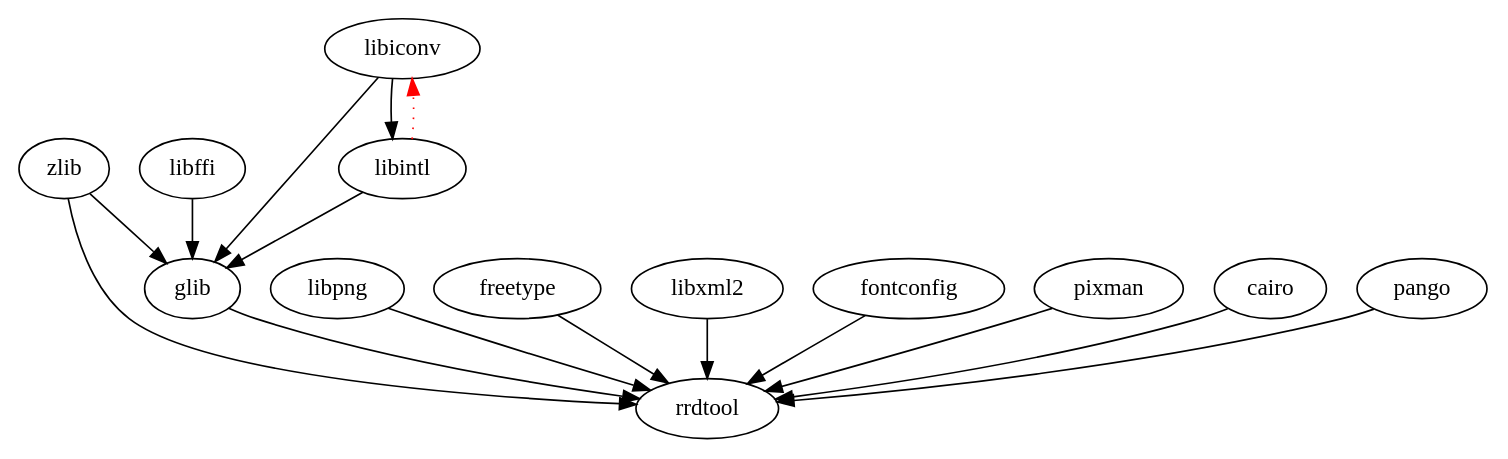
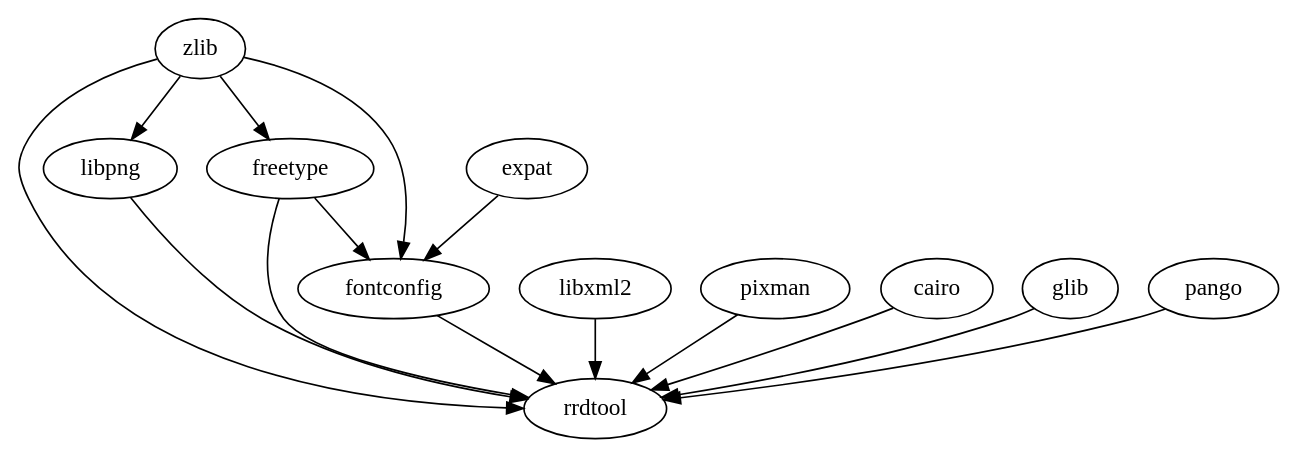
One commit to songdongsheng/osb changed the diagram in building/rrdtool/rrdtool.dot. Above: the diagram before and after it, drawn with Graphviz. The commit also changed 12 other files, not shown here.

```diff
--- a/building/rrdtool/rrdtool.dot
+++ b/building/rrdtool/rrdtool.dot
@@ -1,21 +1,21 @@
 /*
     dot rrdtool.dot -T pdf -o rrdtool.pdf
     dot rrdtool.dot -T svg -o rrdtool.svg
  */
 digraph "Dependency Graph" {
     zlib -> rrdtool;
     libpng -> rrdtool;
     freetype -> rrdtool;
     libxml2 -> rrdtool;
     fontconfig -> rrdtool;
     pixman -> rrdtool;
     cairo -> rrdtool;
     glib -> rrdtool;
     pango -> rrdtool;
 
-    zlib -> glib;
-    libffi -> glib;
-    libiconv -> glib;
-    libiconv -> libintl -> glib;
-    libintl -> libiconv [color=red, style=dotted];
+    freetype -> fontconfig;
+    zlib -> fontconfig;
+    expat -> fontconfig;
+    zlib -> freetype;
+    zlib -> libpng;
 }
```
